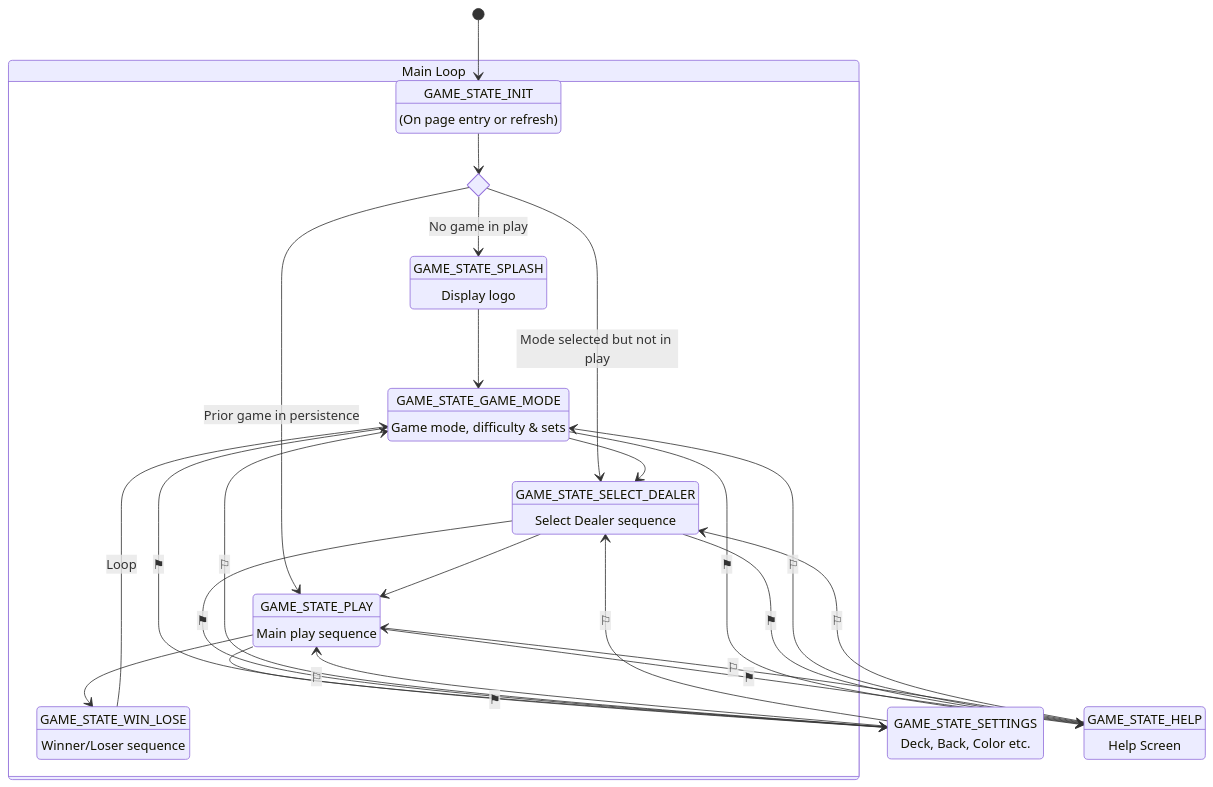
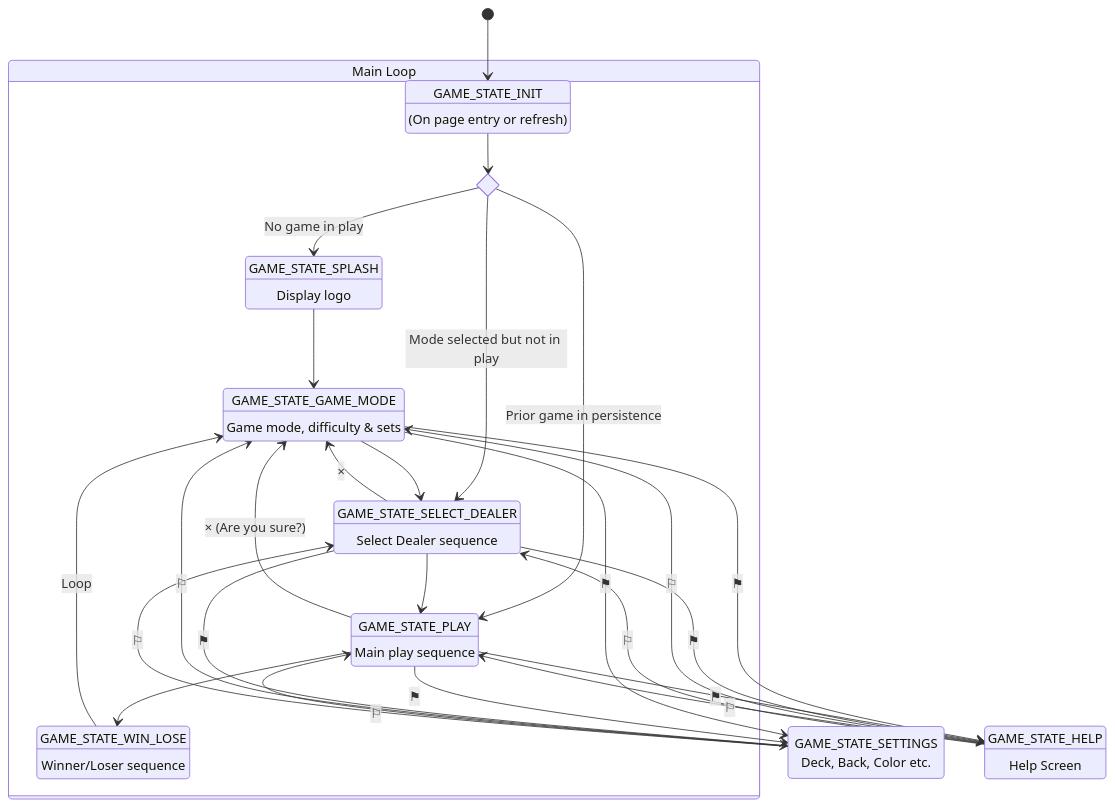
One commit to silvinor/bisca changed the first of 9 diagrams in docs/game-state.md. Above: the diagram before and after it, drawn with Mermaid. The commit also changed other lines of this file and 38 other files, not shown here.

````diff
--- a/docs/game-state.md
+++ b/docs/game-state.md
@@ -29,44 +29,46 @@
 ```mermaid
 stateDiagram-v2
     state "Main Loop" as MAIN {
         direction TB
         state "GAME_STATE_INIT" as INIT : (On page entry or refresh)
         state if_1 <<choice>>
         state "GAME_STATE_SPLASH" as SPLASH : Display logo
         state "GAME_STATE_GAME_MODE" as GAME_MODE : Game mode, difficulty & sets
         state "GAME_STATE_SELECT_DEALER" as SELECT_DEALER : Select Dealer sequence
         state "GAME_STATE_PLAY" as PLAY : Main play sequence
         state "GAME_STATE_WIN_LOSE" as WIN_LOSE : Winner/Loser sequence
     }
     
     state "GAME_STATE_SETTINGS<br/>Deck, Back, Color etc." as SETTINGS
     state "GAME_STATE_HELP" as HELP : Help Screen
 
     [*] --> INIT
     INIT --> if_1
     if_1 --> SPLASH : No game in play
     if_1 --> PLAY : Prior game in persistence
     if_1 --> SELECT_DEALER : Mode selected but not in play
     SPLASH --> GAME_MODE
     GAME_MODE --> SELECT_DEALER
     SELECT_DEALER --> PLAY
     PLAY --> WIN_LOSE
 
     WIN_LOSE --> GAME_MODE : Loop
 
     GAME_MODE --> SETTINGS : ⚑
     SETTINGS --> GAME_MODE : ⚐
     GAME_MODE --> HELP : ⚑
     HELP --> GAME_MODE : ⚐
 
     PLAY --> SETTINGS : ⚑
     SETTINGS --> PLAY : ⚐
     PLAY --> HELP : ⚑
     HELP --> PLAY : ⚐
 
     SELECT_DEALER --> SETTINGS : ⚑
     SETTINGS --> SELECT_DEALER : ⚐
     SELECT_DEALER --> HELP : ⚑
     HELP --> SELECT_DEALER : ⚐
 
+    SELECT_DEALER --> GAME_MODE : ×
+    PLAY --> GAME_MODE : × (Are you sure?)
 ```
````
